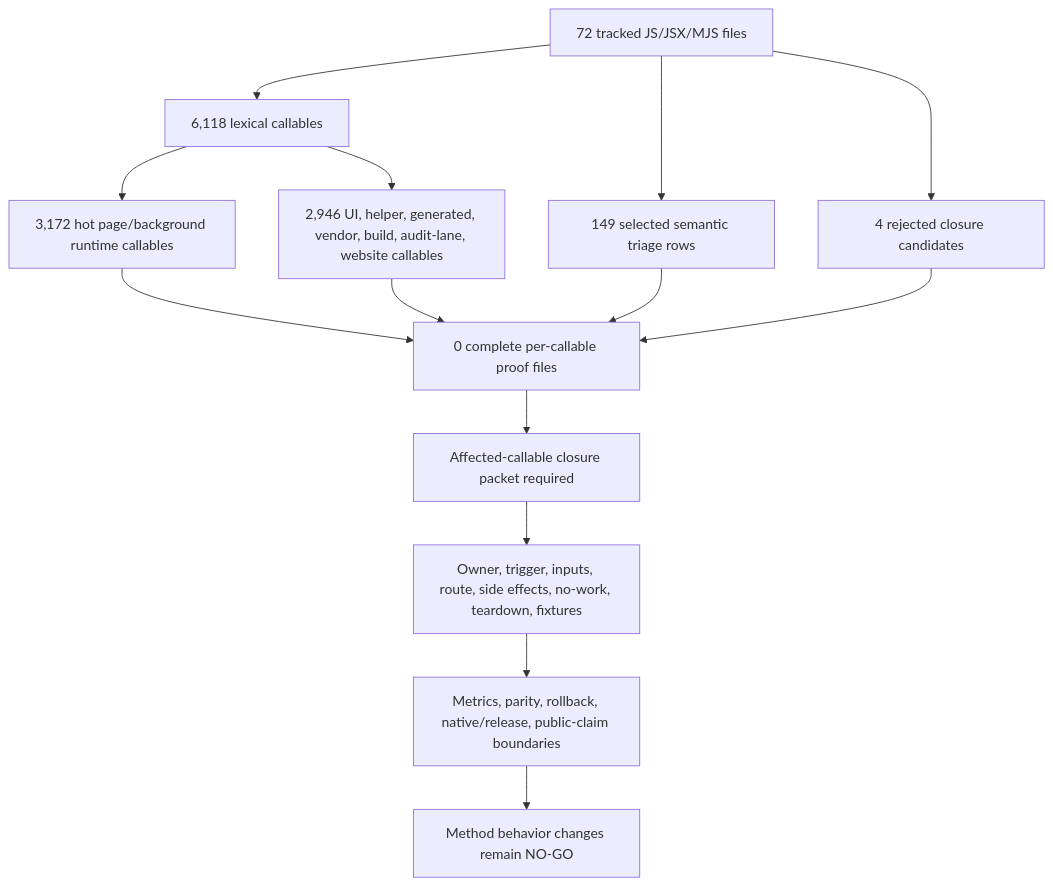
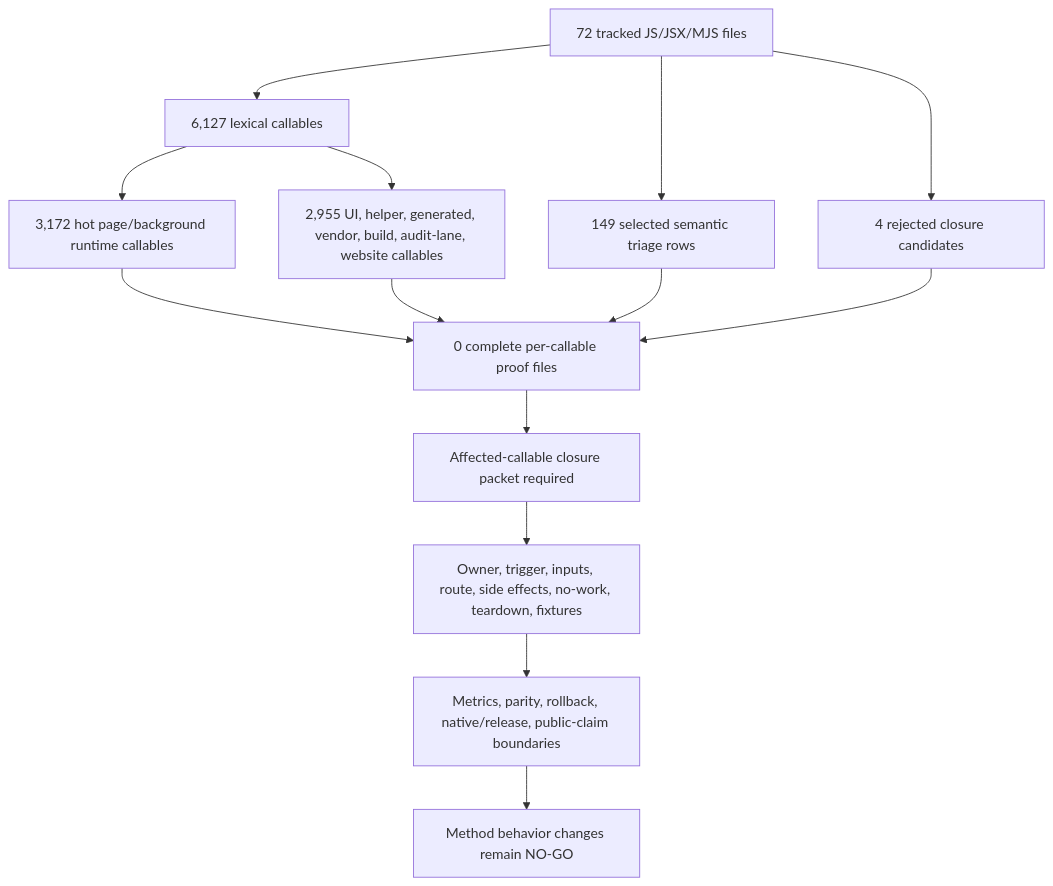
Before and after one commit to varshneydevansh/FilterTube: the first of 2 diagrams in docs/audit/FILTERTUBE_METHOD_SEMANTIC_PROOF_GAP_INDEX_CURRENT_BEHAVIOR_2026-05-25.md, drawn with Mermaid. The commit also changed other lines of this file and 55 other files, not shown here.

````diff
--- a/docs/audit/FILTERTUBE_METHOD_SEMANTIC_PROOF_GAP_INDEX_CURRENT_BEHAVIOR_2026-05-25.md
+++ b/docs/audit/FILTERTUBE_METHOD_SEMANTIC_PROOF_GAP_INDEX_CURRENT_BEHAVIOR_2026-05-25.md
@@ -147,16 +147,16 @@
 ```mermaid
 flowchart TD
-  A["72 tracked JS/JSX/MJS files"] --> B["6,118 lexical callables"]
+  A["72 tracked JS/JSX/MJS files"] --> B["6,127 lexical callables"]
   B --> C["3,172 hot page/background runtime callables"]
-  B --> D["2,946 UI, helper, generated, vendor, build, audit-lane, website callables"]
+  B --> D["2,955 UI, helper, generated, vendor, build, audit-lane, website callables"]
   A --> E["149 selected semantic triage rows"]
   A --> F["4 rejected closure candidates"]
   C --> G["0 complete per-callable proof files"]
   D --> G
   E --> G
   F --> G
   G --> H["Affected-callable closure packet required"]
   H --> I["Owner, trigger, inputs, route, side effects, no-work, teardown, fixtures"]
   I --> J["Metrics, parity, rollback, native/release, public-claim boundaries"]
   J --> K["Method behavior changes remain NO-GO"]
 ```
````
